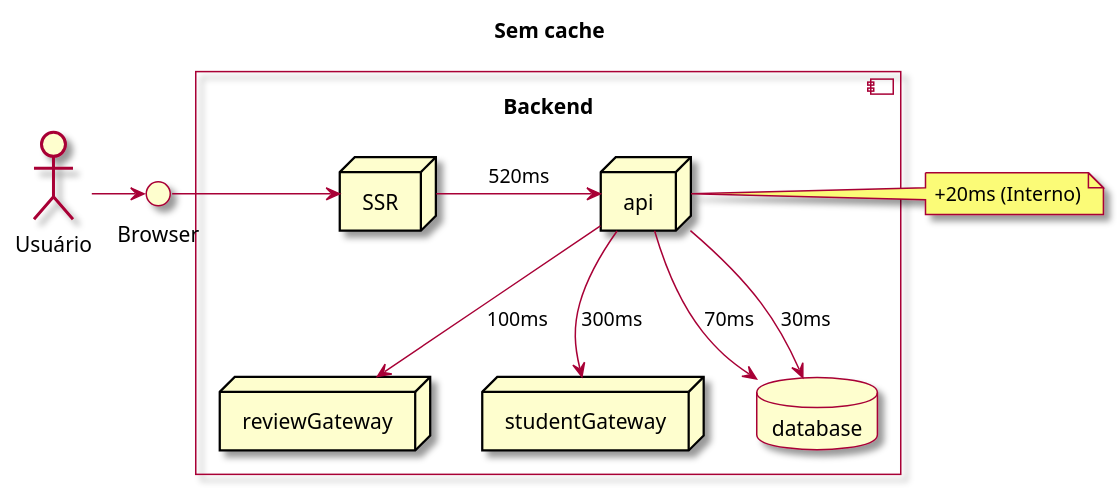
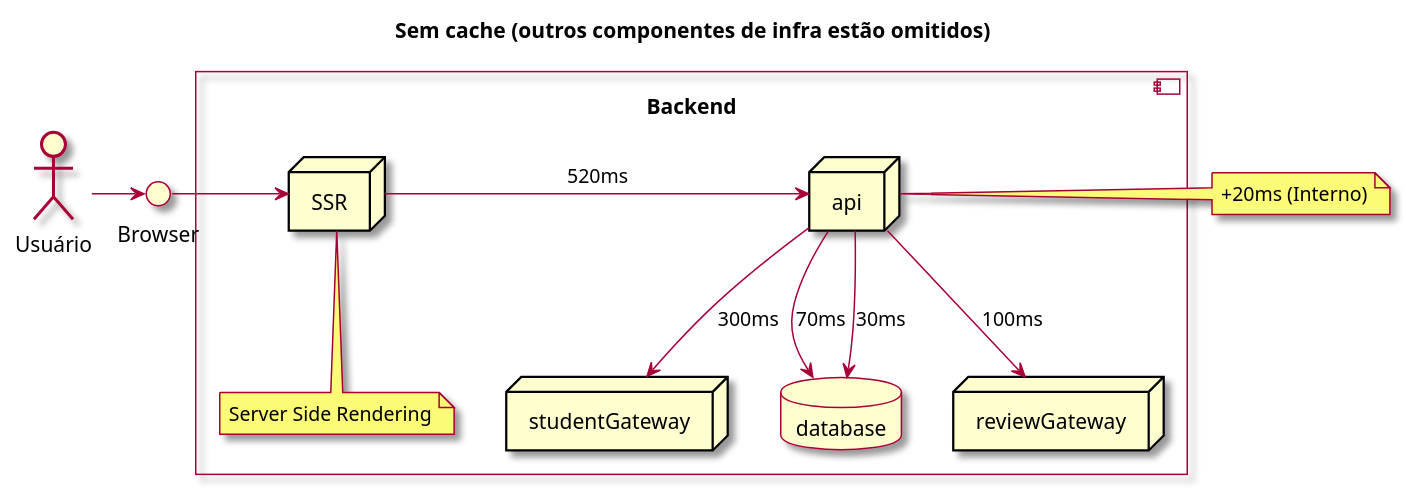
Before and after one commit to charlesardsilva/lecture-cache-content: the diagram in docs/diagrams/request-sem-cache.plantuml, drawn with PlantUML. The commit also changed 13 other files, not shown here.

Commit message:
Update diagrams

```diff
--- a/docs/diagrams/request-sem-cache.plantuml
+++ b/docs/diagrams/request-sem-cache.plantuml
@@ -1,33 +1,34 @@
 @startuml
 
 skin rose
 
-Title: Sem cache
+Title: Sem cache (outros componentes de infra estão omitidos)
 
 actor "Usuário" as actor
 interface "Browser" as browser
 
 
 actor -> browser
 
 
 component "Backend\n" {
 
   node SSR
   node "api" as backend
   node reviewGateway as reviewGateway
   node studentGateway as studentGateway
   database database
 
   browser -> SSR
+  note bottom of SSR: Server Side Rendering
   backend --> database: 70ms
   backend --> database: 30ms
   backend --> reviewGateway: 100ms
   backend --> studentGateway: 300ms
 
 }
 
 SSR -> backend: 520ms
 note right of backend: +20ms (Interno)
 
 @enduml
```
